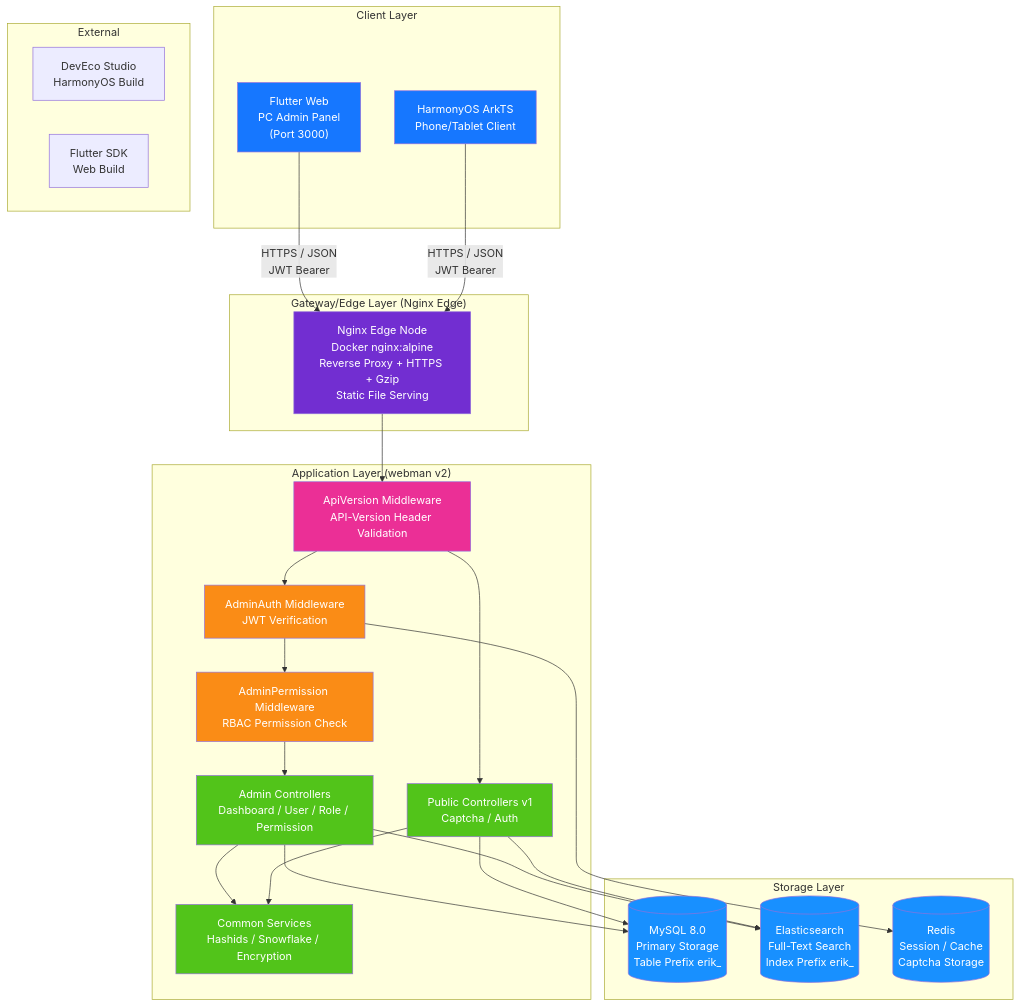
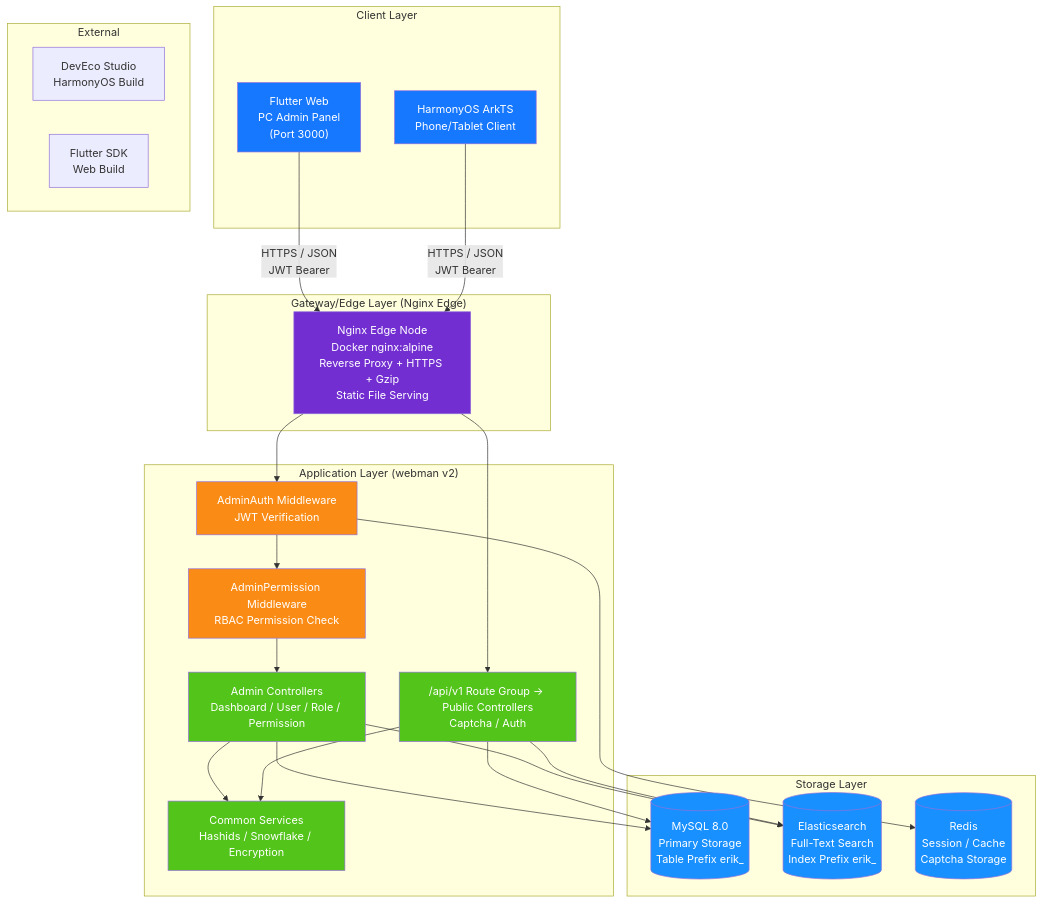
One commit to erikwang2013/open-admin changed the first of 14 diagrams in docs/ARCHITECTURE.en.md. Above: the diagram before and after it, drawn with Mermaid. The commit also changed other lines of this file and 118 other files, not shown here.

````diff
--- a/docs/ARCHITECTURE.en.md
+++ b/docs/ARCHITECTURE.en.md
@@ -13,59 +13,56 @@
 ```mermaid
 flowchart TB
     subgraph "Client Layer"
         A1["Flutter Web<br/>PC Admin Panel<br/>(Port 3000)"]
         A2["HarmonyOS ArkTS<br/>Phone/Tablet Client"]
     end
 
     subgraph "Gateway/Edge Layer (Nginx Edge)"
         B1["Nginx Edge Node<br/>Docker nginx:alpine<br/>Reverse Proxy + HTTPS + Gzip<br/>Static File Serving"]
     end
 
     subgraph "Application Layer (webman v2)"
-        C0["ApiVersion Middleware<br/>API-Version Header Validation"]
         C1["AdminAuth Middleware<br/>JWT Verification"]
         C2["AdminPermission Middleware<br/>RBAC Permission Check"]
         C3["Admin Controllers<br/>Dashboard / User / Role / Permission"]
-        C4["Public Controllers v1<br/>Captcha / Auth"]
+        C4["/api/v1 Route Group → Public Controllers<br/>Captcha / Auth"]
         C5["Common Services<br/>Hashids / Snowflake / Encryption"]
     end
 
     subgraph "Storage Layer"
         D1[("MySQL 8.0<br/>Primary Storage<br/>Table Prefix erik_")]
         D2[("Elasticsearch<br/>Full-Text Search<br/>Index Prefix erik_")]
         D3[("Redis<br/>Session / Cache<br/>Captcha Storage")]
     end
 
     subgraph "External"
         E1["DevEco Studio<br/>HarmonyOS Build"]
         E2["Flutter SDK<br/>Web Build"]
     end
 
     A1 -->|"HTTPS / JSON<br/>JWT Bearer"| B1
     A2 -->|"HTTPS / JSON<br/>JWT Bearer"| B1
-    B1 --> C0
-    C0 --> C1
+    B1 --> C1
+    B1 --> C4
     C1 --> C2
     C2 --> C3
-    C0 --> C4
     C3 --> C5
     C4 --> C5
     C3 --> D1
     C4 --> D1
     C3 --> D2
     C4 --> D2
     C1 --> D3
 
     style A1 fill:#1677FF,color:#fff
     style A2 fill:#1677FF,color:#fff
     style B1 fill:#722ED1,color:#fff
-    style C0 fill:#EB2F96,color:#fff
     style C1 fill:#FA8C16,color:#fff
     style C2 fill:#FA8C16,color:#fff
     style C3 fill:#52C41A,color:#fff
     style C4 fill:#52C41A,color:#fff
     style C5 fill:#52C41A,color:#fff
     style D1 fill:#1890FF,color:#fff
     style D2 fill:#1890FF,color:#fff
     style D3 fill:#1890FF,color:#fff
 ```
````
